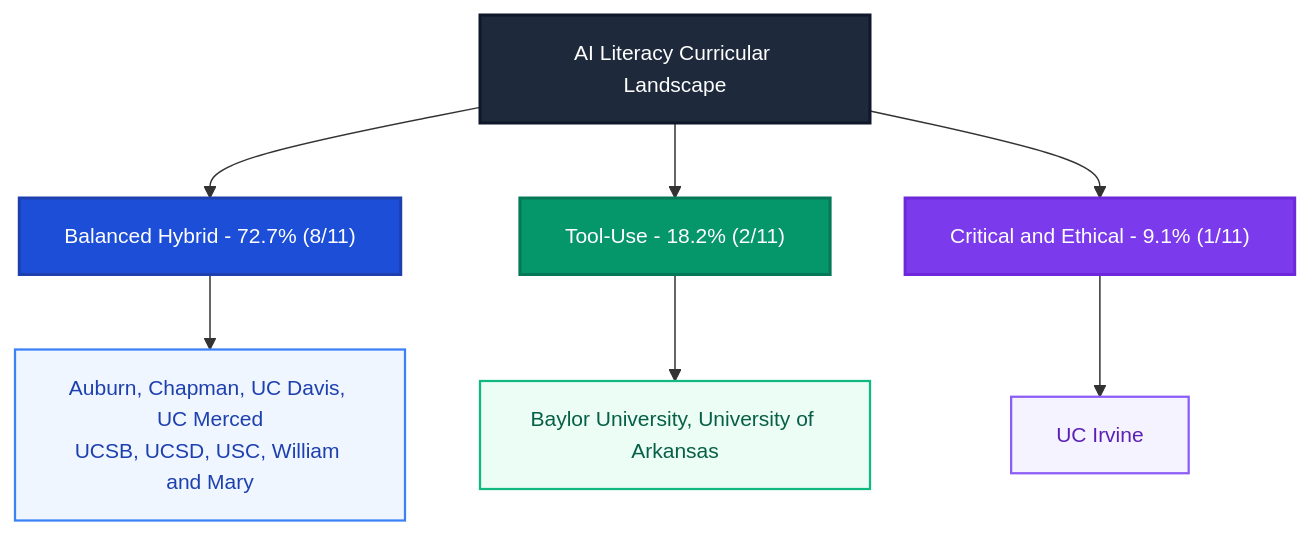
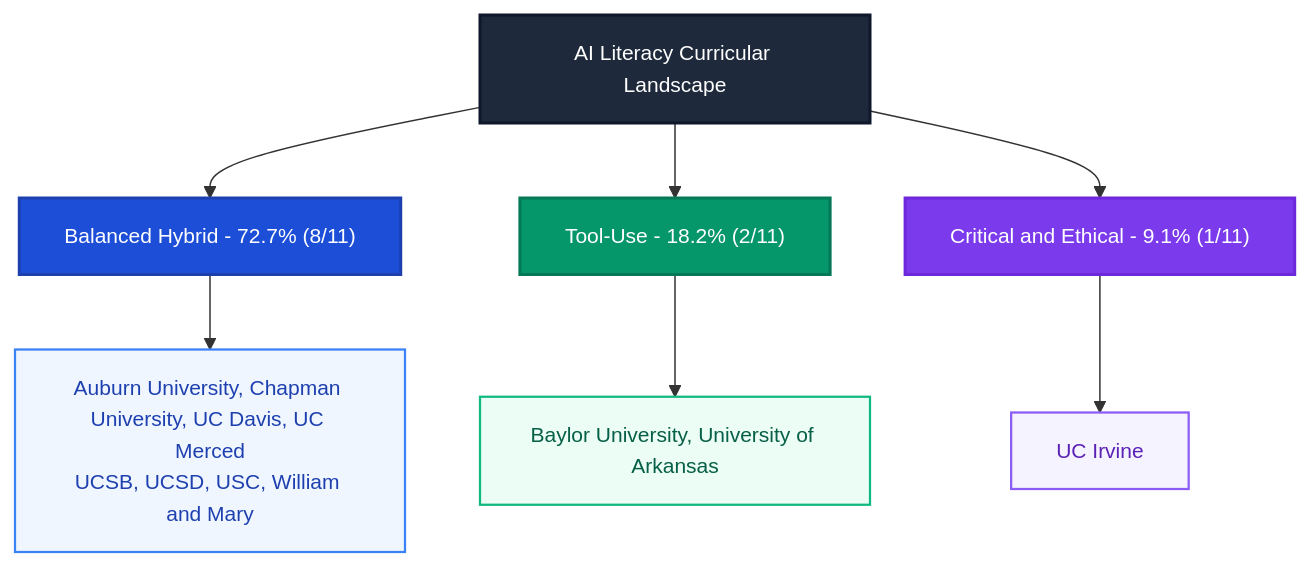
Before and after one commit to UCSB-Library-Research-Data-Services/AI-Literacy: the diagram in chapters/01-executive-summary.qmd, drawn with Mermaid. The commit also changed other lines of this file and 18 other files, not shown here.

````diff
--- a/chapters/01-executive-summary.qmd
+++ b/chapters/01-executive-summary.qmd
@@ -32,30 +32,30 @@
 ```{mermaid}
 %%| fig-cap: "Distribution of Primary AI Literacy Curricular Orientations across Institutions"
 %%{init: {'flowchart': {'htmlLabels': false}, 'themeVariables': {'fontSize': '14px'}}}%%
 flowchart TD
     ROOT["AI Literacy Curricular Landscape"]
     ROOT --> T1["Balanced Hybrid - 72.7% (8/11)"]
     ROOT --> T2["Tool-Use - 18.2% (2/11)"]
     ROOT --> T3["Critical and Ethical - 9.1% (1/11)"]
 
-    T1 --> I1["`Auburn, Chapman, UC Davis, UC Merced
+    T1 --> I1["`Auburn University, Chapman University, UC Davis, UC Merced
                 UCSB, UCSD, USC, William and Mary`"]
     T2 --> I2["Baylor University, University of Arkansas"]
     T3 --> I3["UC Irvine"]
 
     classDef landscapeRoot fill:#1e293b,stroke:#0f172a,stroke-width:2px,color:#ffffff;
     classDef hybridHeader fill:#1d4ed8,stroke:#1e40af,stroke-width:2px,color:#ffffff;
     classDef hybridNode fill:#eff6ff,stroke:#3b82f6,stroke-width:1.5px,color:#1e40af;
     classDef toolHeader fill:#059669,stroke:#047857,stroke-width:2px,color:#ffffff;
     classDef toolNode fill:#ecfdf5,stroke:#10b981,stroke-width:1.5px,color:#065f46;
     classDef critHeader fill:#7c3aed,stroke:#6d28d9,stroke-width:2px,color:#ffffff;
     classDef critNode fill:#f5f3ff,stroke:#8b5cf6,stroke-width:1.5px,color:#5b21b6;
 
     class ROOT landscapeRoot;
     class T1 hybridHeader;
     class I1 hybridNode;
     class T2 toolHeader;
     class I2 toolNode;
     class T3 critHeader;
     class I3 critNode;
 ```
````
